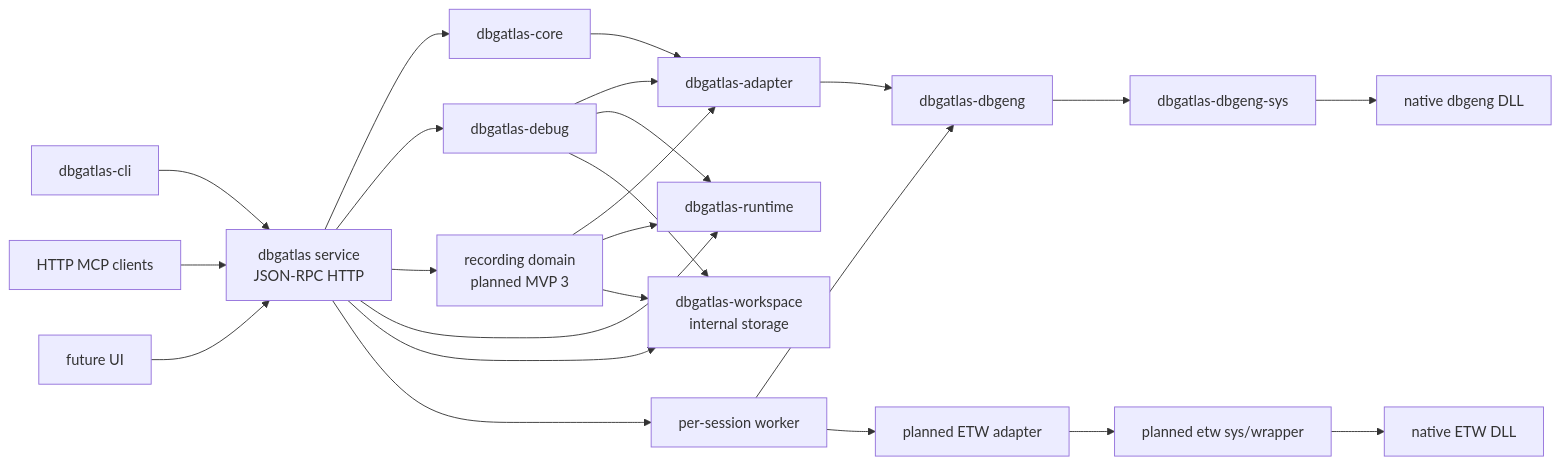
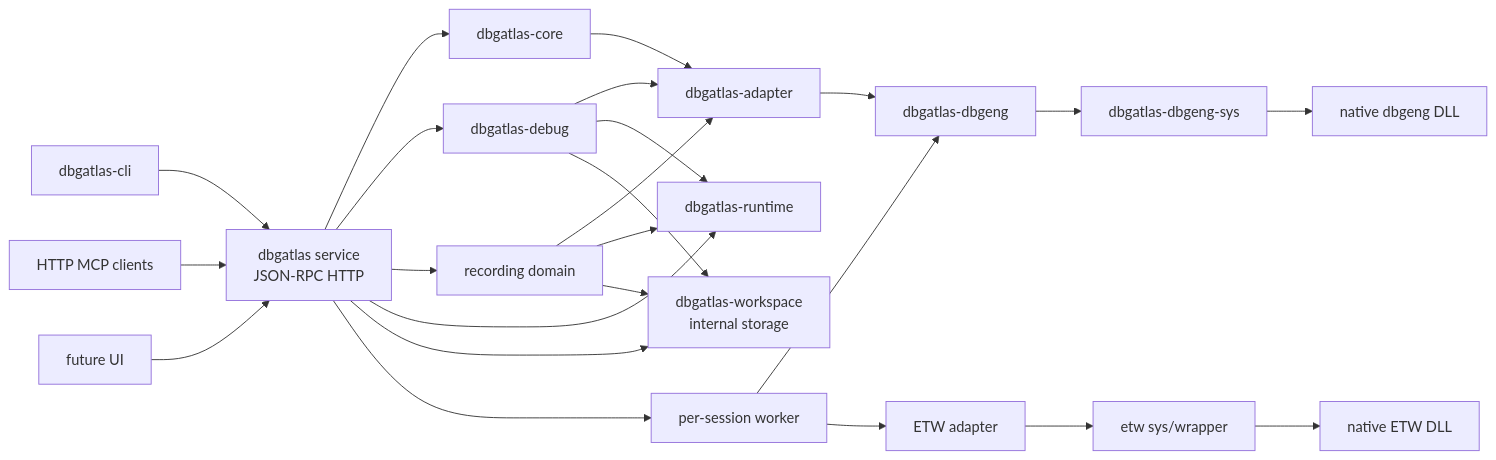
Before and after one commit to dstars-oss/dbgatlas: the diagram in docs/architecture.md, drawn with Mermaid. The commit also changed other lines of this file and 9 other files, not shown here.

````diff
--- a/docs/architecture.md
+++ b/docs/architecture.md
@@ -7,26 +7,26 @@
 ```mermaid
 flowchart LR
   CLI["dbgatlas-cli"] --> SVC["dbgatlas service\nJSON-RPC HTTP"]
   MCP["HTTP MCP clients"] --> SVC
   UI["future UI"] --> SVC
   SVC --> CORE["dbgatlas-core"]
   SVC --> DEBUG["dbgatlas-debug"]
-  SVC --> REC["recording domain\nplanned MVP 3"]
+  SVC --> REC["recording domain"]
   SVC --> RUNTIME["dbgatlas-runtime"]
   SVC --> WS["dbgatlas-workspace\ninternal storage"]
   SVC --> WORKER["per-session worker"]
   CORE --> AD["dbgatlas-adapter"]
   DEBUG --> AD
   DEBUG --> RUNTIME
   DEBUG --> WS
   REC --> AD
   REC --> RUNTIME
   REC --> WS
   WORKER --> DBG
-  WORKER --> ETW["planned ETW adapter"]
+  WORKER --> ETW["ETW adapter"]
   AD --> DBG["dbgatlas-dbgeng"]
   DBG --> SYS["dbgatlas-dbgeng-sys"]
   SYS --> DLL["native dbgeng DLL"]
-  ETW --> ETWSYS["planned etw sys/wrapper"]
+  ETW --> ETWSYS["etw sys/wrapper"]
   ETWSYS --> ETWDLL["native ETW DLL"]
 ```
````
